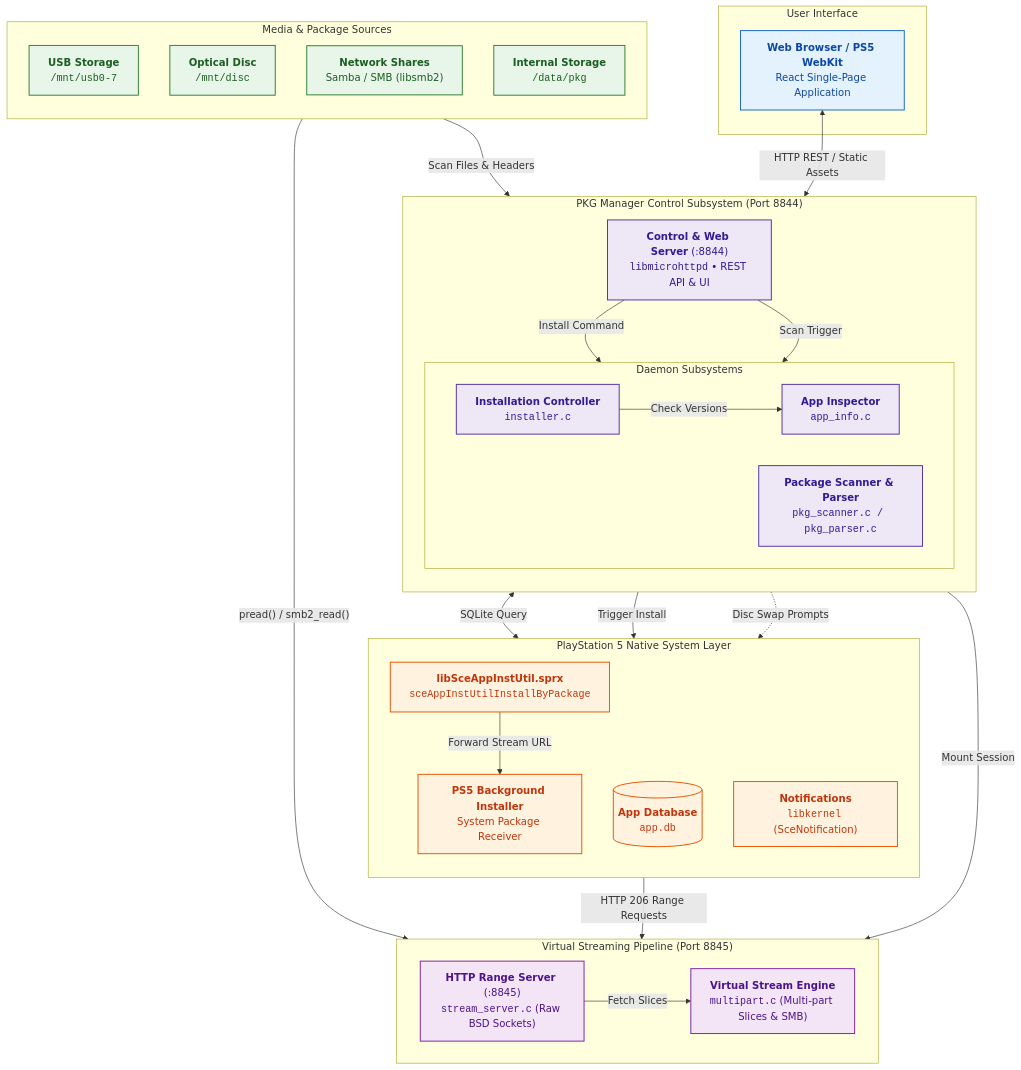
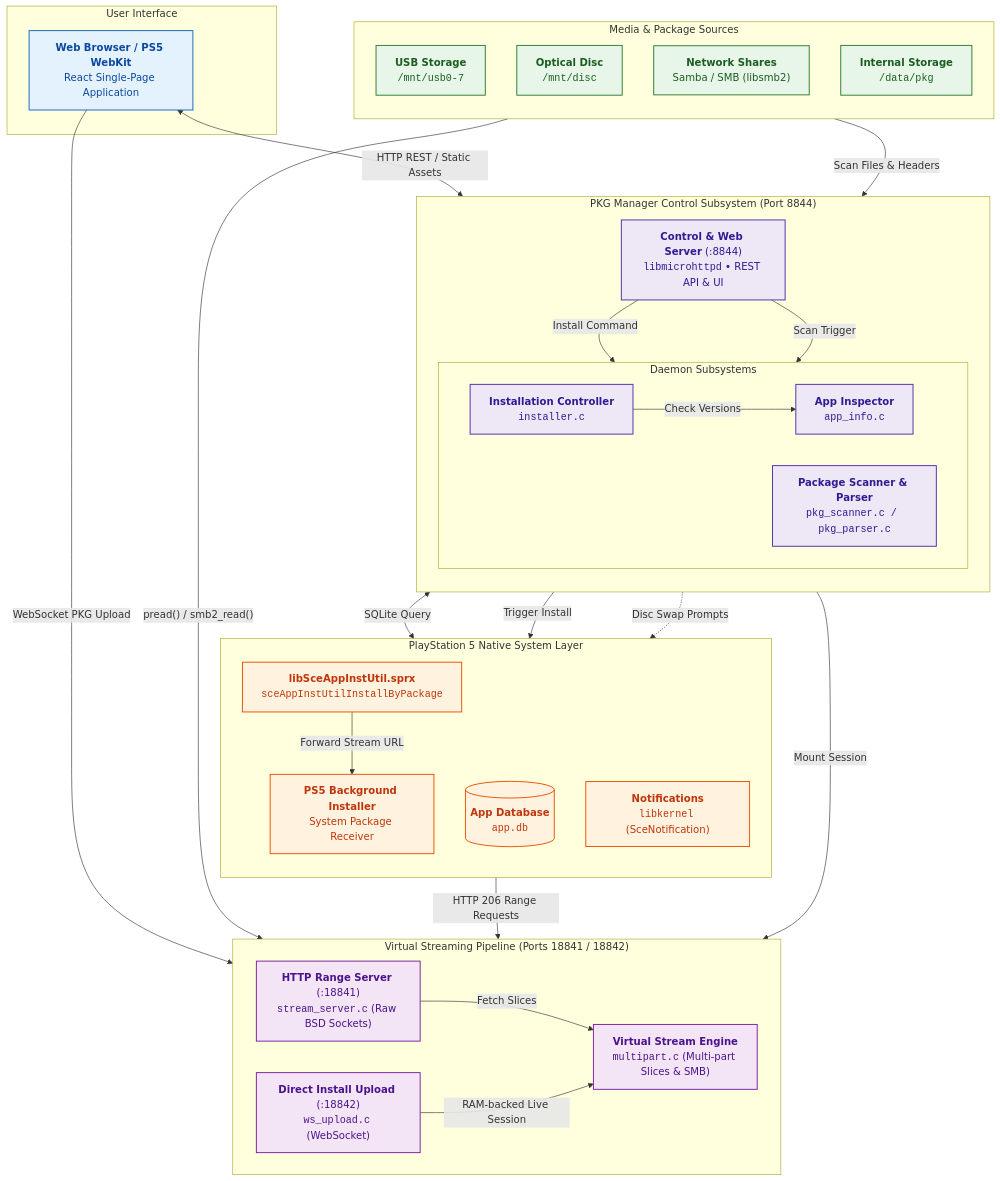
One commit to bsk193/pkg-manager-x changed the diagram in ARCHITECTURE.md. Above: the diagram before and after it, drawn with Mermaid. The commit also changed other lines of this file and 66 other files, not shown here.

````diff
--- a/ARCHITECTURE.md
+++ b/ARCHITECTURE.md
@@ -11,75 +11,78 @@
 ```mermaid
 flowchart TB
     subgraph UI ["User Interface"]
         BROWSER["<b>Web Browser / PS5 WebKit</b><br/>React Single-Page Application"]
     end
 
     subgraph STOR ["Media & Package Sources"]
         direction TB
         USB["<b>USB Storage</b><br/><code>/mnt/usb0-7</code>"]
         DISC["<b>Optical Disc</b><br/><code>/mnt/disc</code>"]
         SMB["<b>Network Shares</b><br/>Samba / SMB (libsmb2)"]
         DATA["<b>Internal Storage</b><br/><code>/data/pkg</code>"]
     end
 
     subgraph CTRL ["PKG Manager Control Subsystem (Port 8844)"]
         direction TB
         HTTP8844["<b>Control & Web Server</b> (:8844)<br/><code>libmicrohttpd</code> &bull; REST API & UI"]
         subgraph CTRL_WORKERS ["Daemon Subsystems"]
             direction LR
             APPINFO["<b>App Inspector</b><br/><code>app_info.c</code>"]
             INSTALLER["<b>Installation Controller</b><br/><code>installer.c</code>"]
             SCANNER["<b>Package Scanner & Parser</b><br/><code>pkg_scanner.c / pkg_parser.c</code>"]
         end
     end
 
-    subgraph STRM ["Virtual Streaming Pipeline (Port 8845)"]
+    subgraph STRM ["Virtual Streaming Pipeline (Ports 18841 / 18842)"]
         direction LR
-        SOCKET["<b>HTTP Range Server</b> (:8845)<br/><code>stream_server.c</code> (Raw BSD Sockets)"]
+        SOCKET["<b>HTTP Range Server</b> (:18841)<br/><code>stream_server.c</code> (Raw BSD Sockets)"]
+        WS["<b>Direct Install Upload</b> (:18842)<br/><code>ws_upload.c</code> (WebSocket)"]
         VSTREAM["<b>Virtual Stream Engine</b><br/><code>multipart.c</code> (Multi-part Slices & SMB)"]
     end
 
     subgraph PS5 ["PlayStation 5 Native System Layer"]
         direction TB
         SCE["<b>libSceAppInstUtil.sprx</b><br/><code>sceAppInstUtilInstallByPackage</code>"]
         RECEIVER["<b>PS5 Background Installer</b><br/>System Package Receiver"]
         APPDB[("<b>App Database</b><br/><code>app.db</code>")]
         NOTIF["<b>Notifications</b><br/><code>libkernel</code> (SceNotification)"]
     end
 
     %% UI Interaction
     BROWSER <-->|"HTTP REST / Static Assets"| HTTP8844
+    BROWSER -->|"WebSocket PKG Upload"| WS
 
     %% Control Plane routing
     HTTP8844 -->|"Install Command"| INSTALLER
     HTTP8844 -->|"Scan Trigger"| SCANNER
     INSTALLER -->|"Check Versions"| APPINFO
 
     %% Left: PS5 OS interactions
     APPINFO <-->|"SQLite Query"| APPDB
     INSTALLER -->|"Trigger Install"| SCE
     INSTALLER -.->|"Disc Swap Prompts"| NOTIF
     SCE -->|"Forward Stream URL"| RECEIVER
     RECEIVER -->|"HTTP 206 Range Requests"| SOCKET
 
     %% Center: Stream session mount
     INSTALLER -->|"Mount Session"| VSTREAM
     SOCKET -->|"Fetch Slices"| VSTREAM
+    WS -->|"RAM-backed Live Session"| VSTREAM
 
     %% Right: Storage reads
     STOR -->|"Scan Files & Headers"| SCANNER
     STOR -->|"pread() / smb2_read()"| VSTREAM
 
     %% Styling
     classDef client fill:#e3f2fd,stroke:#1565c0,stroke-width:1.5px,color:#0d47a1;
     classDef ctrl fill:#ede7f6,stroke:#512da8,stroke-width:1.5px,color:#311b92;
     classDef stor fill:#e8f5e9,stroke:#2e7d32,stroke-width:1.5px,color:#1b5e20;
     classDef strm fill:#f3e5f5,stroke:#7b1fa2,stroke-width:1.5px,color:#4a148c;
     classDef ps5 fill:#fff3e0,stroke:#e65100,stroke-width:1.5px,color:#bf360c;
 
     class BROWSER client;
     class HTTP8844,APPINFO,INSTALLER,SCANNER ctrl;
     class USB,DISC,SMB,DATA stor;
-    class SOCKET,VSTREAM strm;
+    class SOCKET,WS,VSTREAM strm;
     class SCE,RECEIVER,APPDB,NOTIF ps5;
 ```
````
